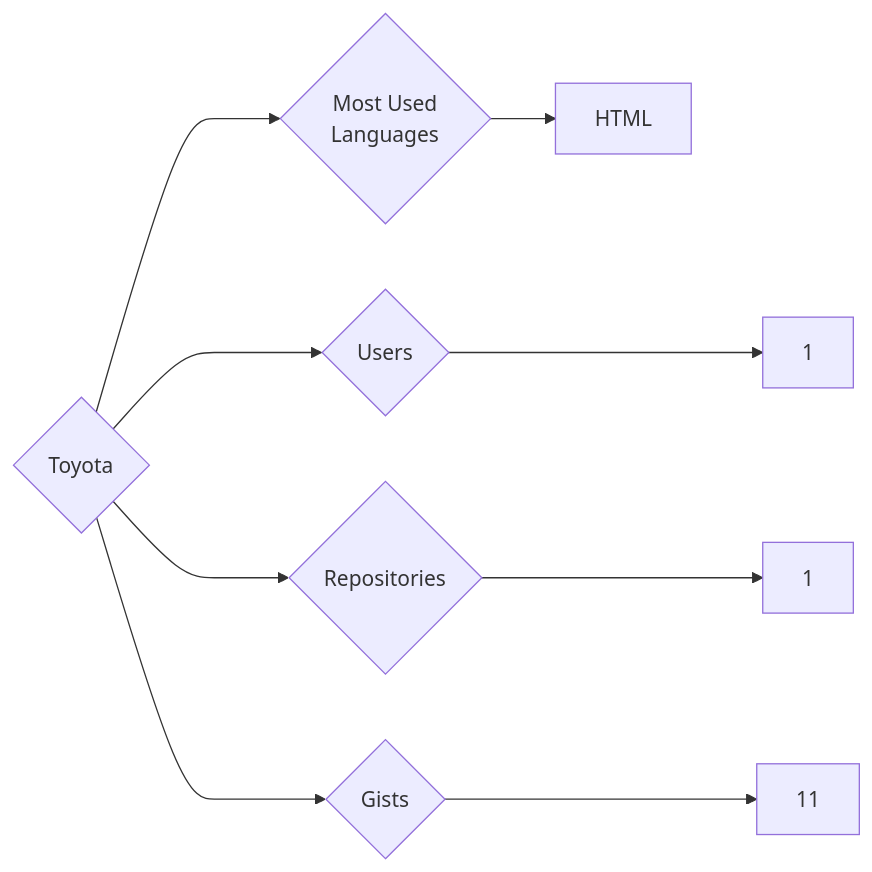
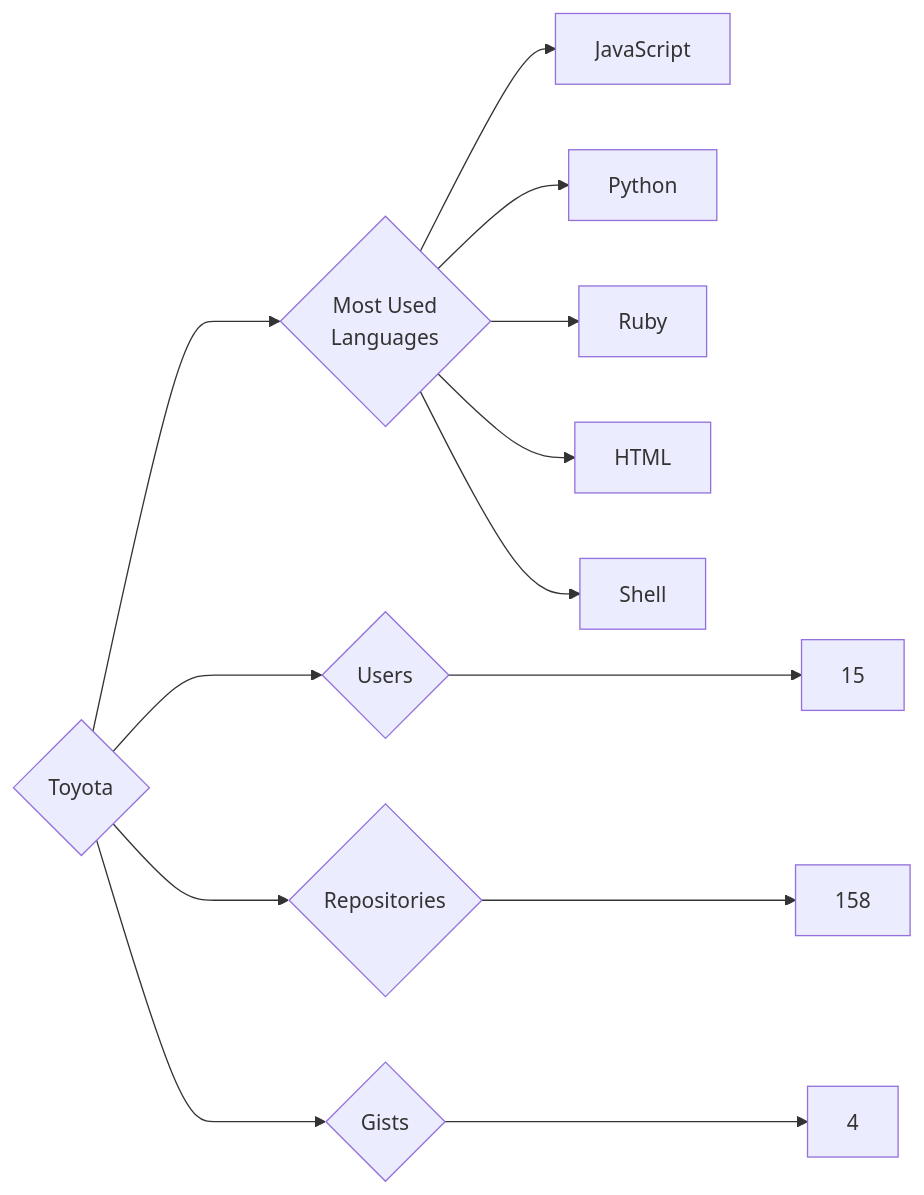
One commit to trickest/insiders changed the diagram in targets/Toyota/README.md. Above: the diagram before and after it, drawn with Mermaid. The commit also changed 965 other files, not shown here.

````diff
--- a/targets/Toyota/README.md
+++ b/targets/Toyota/README.md
@@ -3,9 +3,13 @@
 ```mermaid
 graph LR
 COMPANY_NAME{Toyota}
-COMPANY_NAME ---> U{Users} ---> UN[1]
-COMPANY_NAME ---> R{Repositories} ---> RN[1]
-COMPANY_NAME ---> G{Gists} ---> GN[11]
+COMPANY_NAME ---> U{Users} ---> UN[15]
+COMPANY_NAME ---> R{Repositories} ---> RN[158]
+COMPANY_NAME ---> G{Gists} ---> GN[4]
 COMPANY_NAME ---> ML{Most Used<br>Languages}
+ML --> JavaScript[JavaScript]
+ML --> Python[Python]
+ML --> Ruby[Ruby]
 ML --> HTML[HTML]
+ML --> Shell[Shell]
 ```
````
